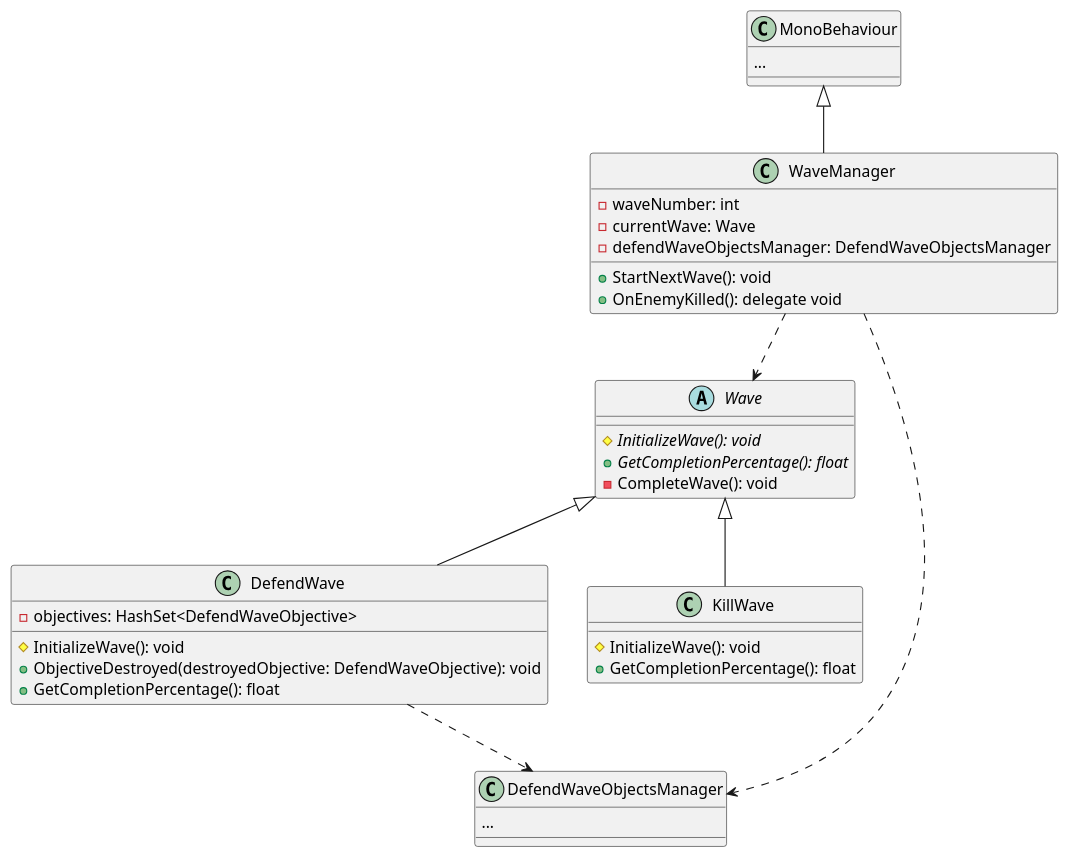
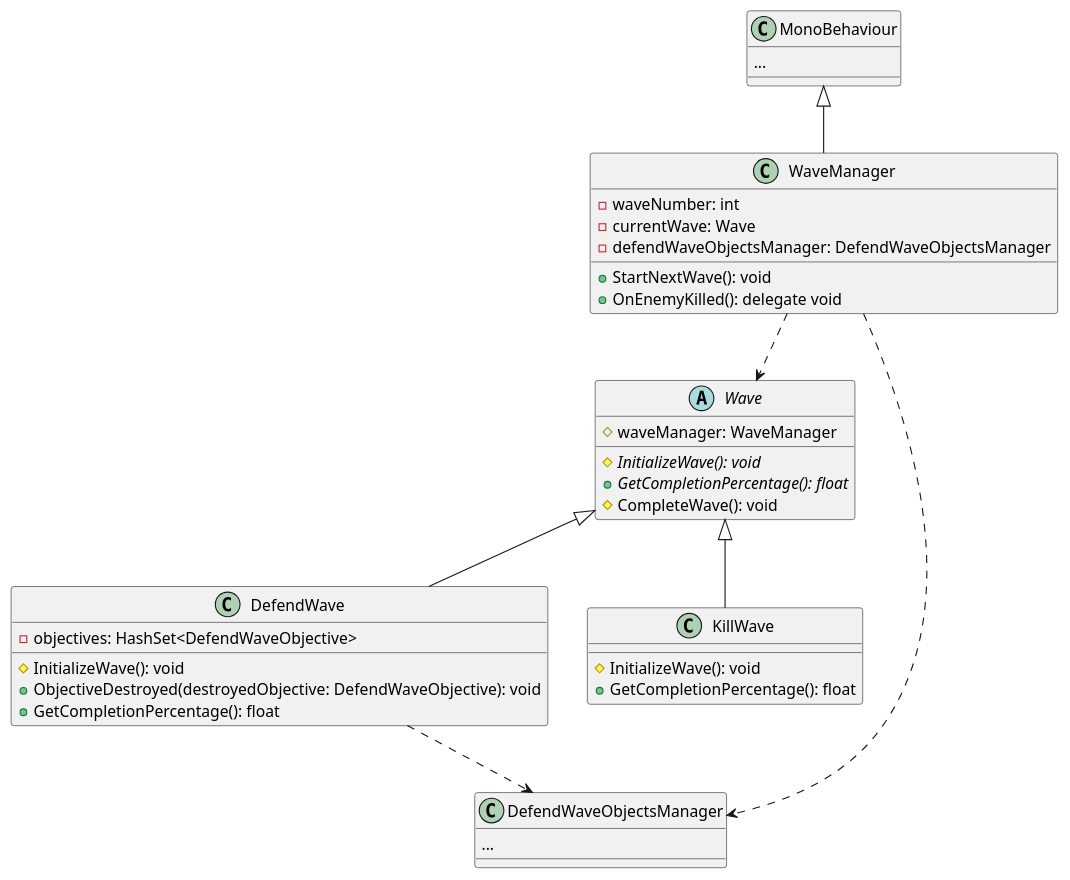
Before and after one commit to OFCLeoS/dcs-unity-URG: the diagram in ARCH/ARCH_WaveSystem.pu, drawn with PlantUML. The commit also changed 15 other files, not shown here.

```diff
--- a/ARCH/ARCH_WaveSystem.pu
+++ b/ARCH/ARCH_WaveSystem.pu
@@ -1,49 +1,50 @@
 @startuml Wave System
 
 class MonoBehaviour {
     ...
 }
 
 class WaveManager {
 - waveNumber: int
 - currentWave: Wave
 - defendWaveObjectsManager: DefendWaveObjectsManager
 
 + StartNextWave(): void
 + OnEnemyKilled(): delegate void
 }
 
 abstract class Wave {
+# waveManager: WaveManager
 
 {abstract} # InitializeWave(): void
 {abstract} + GetCompletionPercentage(): float
-- CompleteWave(): void
+# CompleteWave(): void
 }
 
 class DefendWave {
 - objectives: HashSet<DefendWaveObjective>
 
 # InitializeWave(): void
 + ObjectiveDestroyed(destroyedObjective: DefendWaveObjective): void
 + GetCompletionPercentage(): float
 }
 
 class DefendWaveObjectsManager {
 ...
 }
 
 class KillWave {
 
 # InitializeWave(): void
 + GetCompletionPercentage(): float
 }
 
 ' WaveManager uses Waves
 WaveManager ..> Wave
 WaveManager ..> DefendWaveObjectsManager
 DefendWave ..> DefendWaveObjectsManager
 
 Wave <|-- DefendWave
 Wave <|-- KillWave
 MonoBehaviour <|-- WaveManager
 @enduml
```
